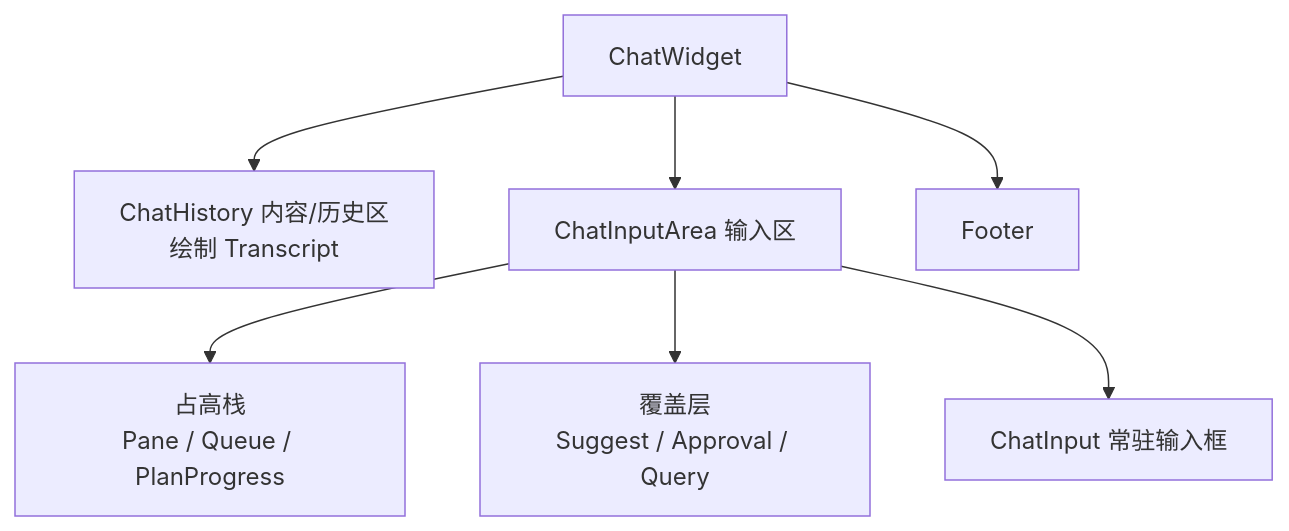
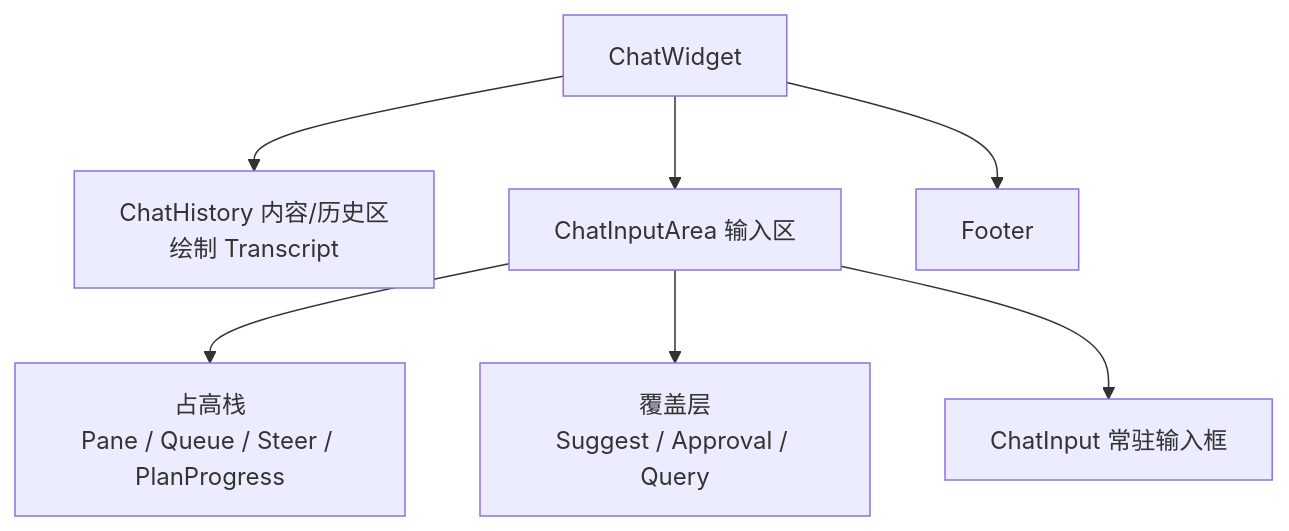
Before and after one commit to chogng/zeta: the diagram in docs/tui-chat-input-area.md, drawn with Mermaid. The commit also changed other lines of this file and 24 other files, not shown here.

````diff
--- a/docs/tui-chat-input-area.md
+++ b/docs/tui-chat-input-area.md
@@ -34,17 +34,17 @@
 ```mermaid
 flowchart TB
     widget[ChatWidget]
     history[ChatHistory 内容/历史区<br/>绘制 Transcript]
     host[ChatInputArea 输入区]
     footer[Footer]
-    height[占高栈<br/>Pane / Queue / PlanProgress]
+    height[占高栈<br/>Pane / Queue / Steer / PlanProgress]
     overlay[覆盖层<br/>Suggest / Approval / Query]
     input[ChatInput 常驻输入框]
 
     widget --> history
     widget --> host
     widget --> footer
     host --> height
     host --> overlay
     host --> input
 ```
````
